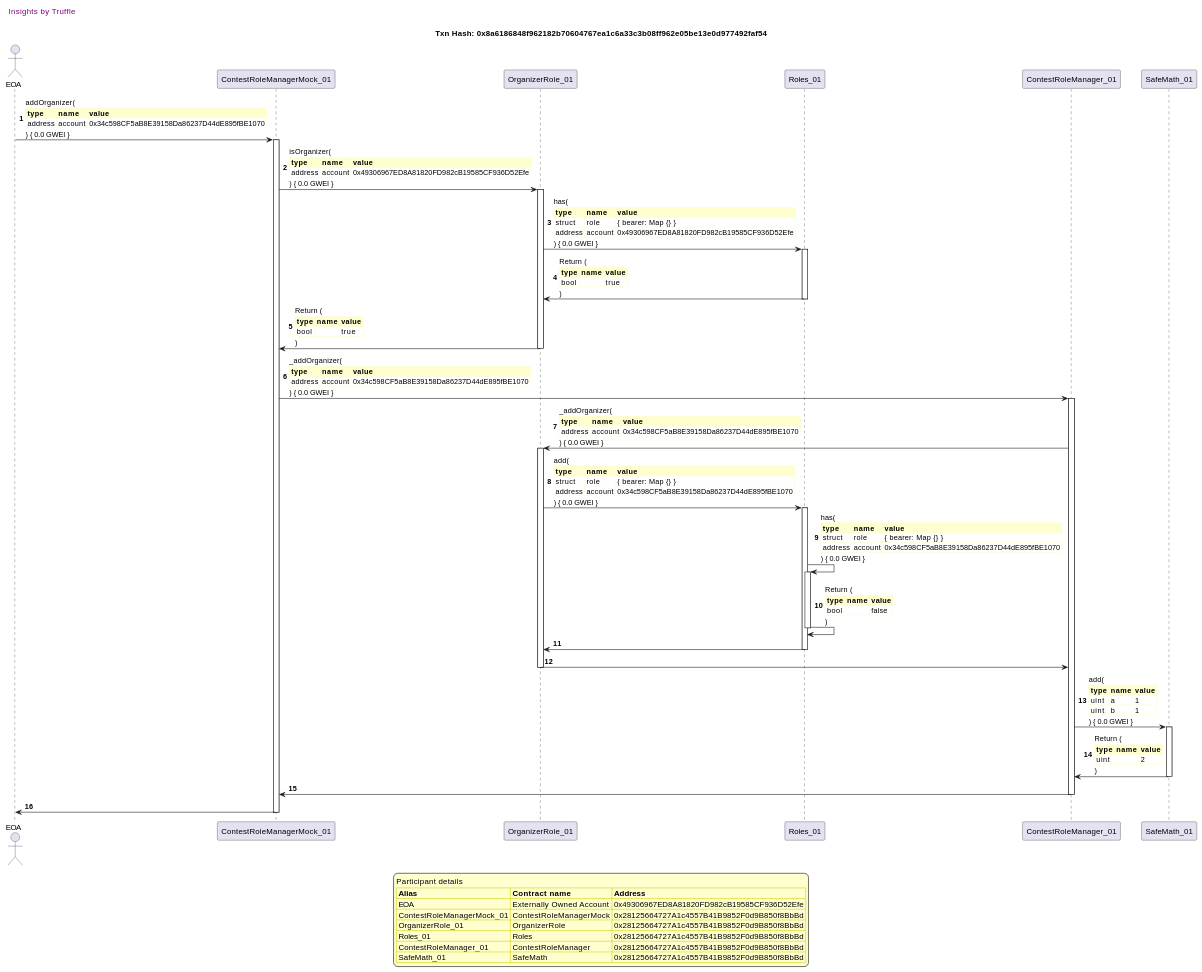
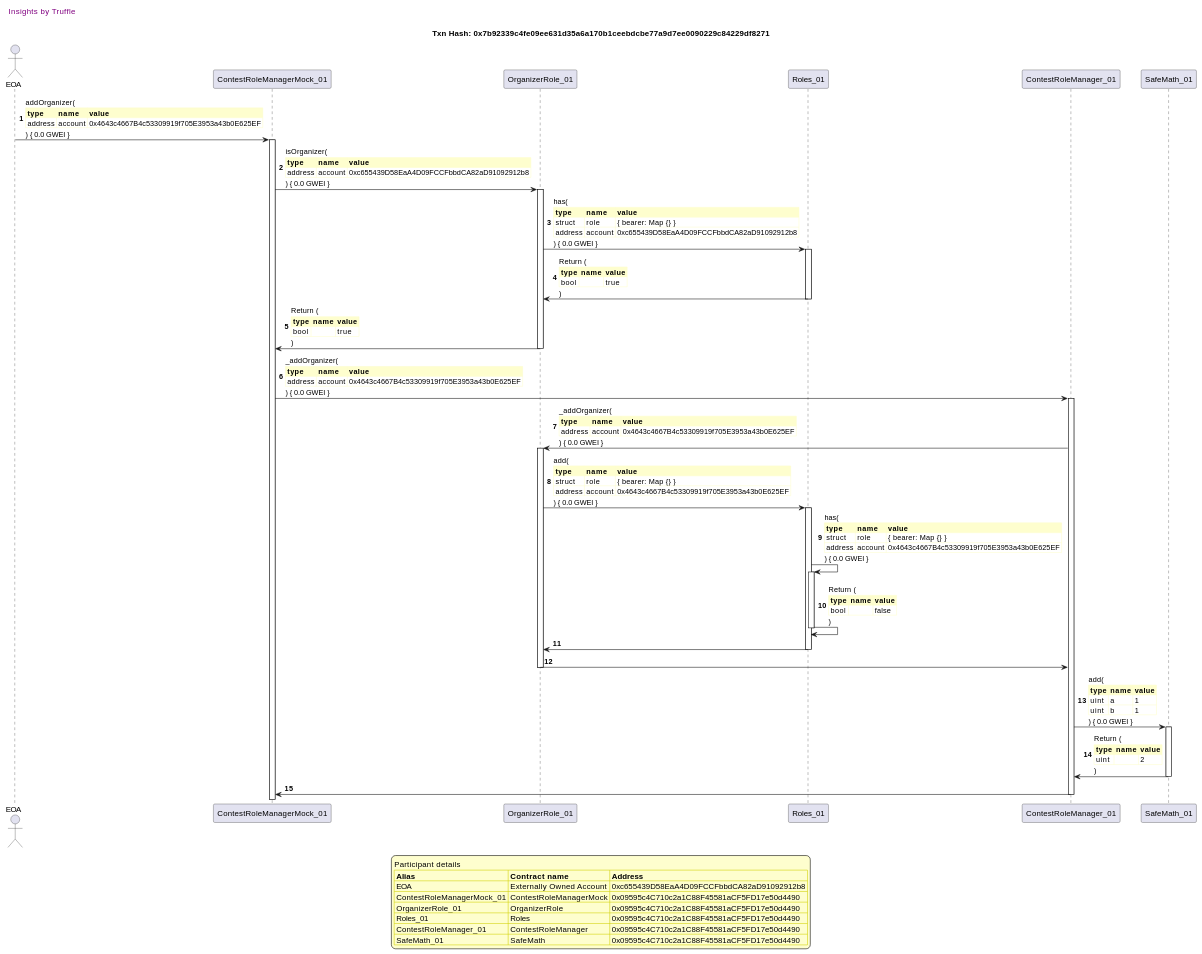
Diagram 16 of 20 in truffle-seq/roles_contestrolemanager.md (fodisi/hackapay), drawn with PlantUML before and after one commit. The commit also changed other lines of this file and 10 other files, not shown here.

```diff
--- a/truffle-seq/roles_contestrolemanager.md
+++ b/truffle-seq/roles_contestrolemanager.md
@@ -1476,7 +1464,7 @@
 
 header Insights by Truffle
 
-title Txn Hash: 0x8a6186848f962182b70604767ea1c6a33c3b08ff962e05be13e0d977492faf54
+title Txn Hash: 0x7b92339c4fe09ee631d35a6a170b1ceebdcbe77a9d7ee0090229c84229df8271
 
 
 actor EOA as "EOA"
@@ -1488,16 +1476,16 @@
 
 "EOA" -> "ContestRoleManagerMock_01" ++: addOrganizer(\n\
 <#FEFECE,#FEFECE>|= type |= name |= value |\n\
-| address | account | 0x34c598CF5aB8E39158Da86237D44dE895fBE1070 |\n\
+| address | account | 0x4643c4667B4c53309919f705E3953a43b0E625EF |\n\
 ) { 0.0 GWEI }
 "ContestRoleManagerMock_01" -> "OrganizerRole_01" ++: isOrganizer(\n\
 <#FEFECE,#FEFECE>|= type |= name |= value |\n\
-| address | account | 0x49306967ED8A81820FD982cB19585CF936D52Efe |\n\
+| address | account | 0xc655439D58EaA4D09FCCFbbdCA82aD91092912b8 |\n\
 ) { 0.0 GWEI }
 "OrganizerRole_01" -> "Roles_01" ++: has(\n\
 <#FEFECE,#FEFECE>|= type |= name |= value |\n\
 | struct | role | { bearer: Map {} } |\n\
-| address | account | 0x49306967ED8A81820FD982cB19585CF936D52Efe |\n\
+| address | account | 0xc655439D58EaA4D09FCCFbbdCA82aD91092912b8 |\n\
 ) { 0.0 GWEI }
 "Roles_01" -> "OrganizerRole_01" --: Return (\n\
 <#FEFECE,#FEFECE>|= type |= name |= value |\n\
@@ -1509,21 +1497,21 @@
 )
 "ContestRoleManagerMock_01" -> "ContestRoleManager_01" ++: _addOrganizer(\n\
 <#FEFECE,#FEFECE>|= type |= name |= value |\n\
-| address | account | 0x34c598CF5aB8E39158Da86237D44dE895fBE1070 |\n\
+| address | account | 0x4643c4667B4c53309919f705E3953a43b0E625EF |\n\
 ) { 0.0 GWEI }
 "ContestRoleManager_01" -> "OrganizerRole_01" ++: _addOrganizer(\n\
 <#FEFECE,#FEFECE>|= type |= name |= value |\n\
-| address | account | 0x34c598CF5aB8E39158Da86237D44dE895fBE1070 |\n\
+| address | account | 0x4643c4667B4c53309919f705E3953a43b0E625EF |\n\
 ) { 0.0 GWEI }
 "OrganizerRole_01" -> "Roles_01" ++: add(\n\
 <#FEFECE,#FEFECE>|= type |= name |= value |\n\
 | struct | role | { bearer: Map {} } |\n\
-| address | account | 0x34c598CF5aB8E39158Da86237D44dE895fBE1070 |\n\
+| address | account | 0x4643c4667B4c53309919f705E3953a43b0E625EF |\n\
 ) { 0.0 GWEI }
 "Roles_01" -> "Roles_01" ++: has(\n\
 <#FEFECE,#FEFECE>|= type |= name |= value |\n\
 | struct | role | { bearer: Map {} } |\n\
-| address | account | 0x34c598CF5aB8E39158Da86237D44dE895fBE1070 |\n\
+| address | account | 0x4643c4667B4c53309919f705E3953a43b0E625EF |\n\
 ) { 0.0 GWEI }
 "Roles_01" -> "Roles_01" --: Return (\n\
 <#FEFECE,#FEFECE>|= type |= name |= value |\n\
@@ -1541,17 +1529,16 @@
 | uint |  | 2 |\n\
 )
 "ContestRoleManager_01" -> "ContestRoleManagerMock_01" --: 
-"ContestRoleManagerMock_01" -> "EOA" --: 
 
 legend
 Participant details
 <#FEFECE,#D0D000>|= Alias |= Contract name |= Address |
-<#FEFECE>| EOA | Externally Owned Account | 0x49306967ED8A81820FD982cB19585CF936D52Efe |
-<#FEFECE>| ContestRoleManagerMock_01 | ContestRoleManagerMock | 0x28125664727A1c4557B41B9852F0d9B850f8BbBd |
-<#FEFECE>| OrganizerRole_01 | OrganizerRole | 0x28125664727A1c4557B41B9852F0d9B850f8BbBd |
-<#FEFECE>| Roles_01 | Roles | 0x28125664727A1c4557B41B9852F0d9B850f8BbBd |
-<#FEFECE>| ContestRoleManager_01 | ContestRoleManager | 0x28125664727A1c4557B41B9852F0d9B850f8BbBd |
-<#FEFECE>| SafeMath_01 | SafeMath | 0x28125664727A1c4557B41B9852F0d9B850f8BbBd |
+<#FEFECE>| EOA | Externally Owned Account | 0xc655439D58EaA4D09FCCFbbdCA82aD91092912b8 |
+<#FEFECE>| ContestRoleManagerMock_01 | ContestRoleManagerMock | 0x09595c4C710c2a1C88F45581aCF5FD17e50d4490 |
+<#FEFECE>| OrganizerRole_01 | OrganizerRole | 0x09595c4C710c2a1C88F45581aCF5FD17e50d4490 |
+<#FEFECE>| Roles_01 | Roles | 0x09595c4C710c2a1C88F45581aCF5FD17e50d4490 |
+<#FEFECE>| ContestRoleManager_01 | ContestRoleManager | 0x09595c4C710c2a1C88F45581aCF5FD17e50d4490 |
+<#FEFECE>| SafeMath_01 | SafeMath | 0x09595c4C710c2a1C88F45581aCF5FD17e50d4490 |
 endlegend
 
 @enduml
```
